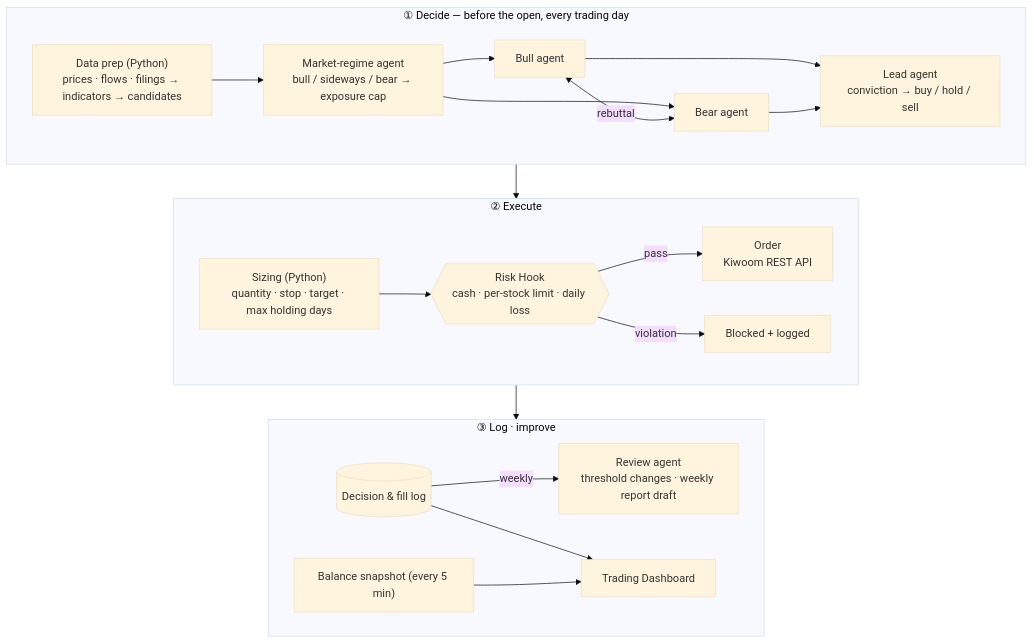
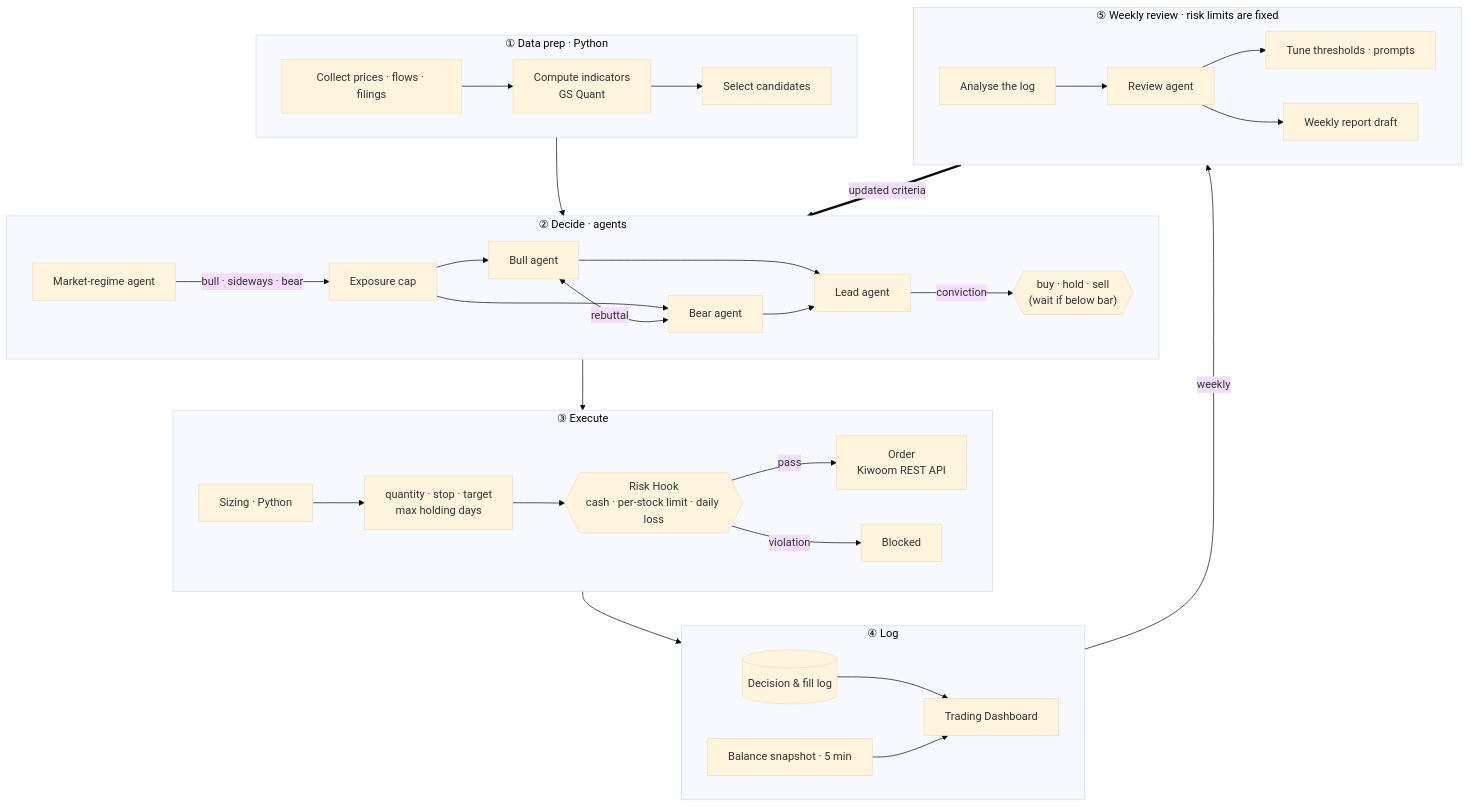
One commit to isopink/hynix-298f changed the diagram in README.md. Above: the diagram before and after it, drawn with Mermaid (base theme). The commit also changed 1 other file, not shown here.

Commit message:
README: show the weekly self-improvement loop in the diagram
Break the in-box arrows into real nodes and edges, split data prep and
weekly review into their own stages, and route the review back into the
decision stage so the feedback loop is visible.

````diff
--- a/README.md
+++ b/README.md
@@ -46,25 +46,37 @@
 ```mermaid
 flowchart TB
-    subgraph P1["① Decide — before the open, every trading day"]
+    subgraph S1["① Data prep · Python"]
         direction LR
-        A["Data prep (Python)<br/>prices · flows · filings → indicators → candidates"] --> B["Market-regime agent<br/>bull / sideways / bear → exposure cap"]
-        B --> C["Bull agent"]
-        B --> D["Bear agent"]
-        C <-->|rebuttal| D
-        C --> E["Lead agent<br/>conviction → buy / hold / sell"]
-        D --> E
+        A1["Collect prices · flows · filings"] --> A2["Compute indicators<br/>GS Quant"] --> A3["Select candidates"]
     end
-    subgraph P2["② Execute"]
+    subgraph S2["② Decide · agents"]
         direction LR
-        F["Sizing (Python)<br/>quantity · stop · target · max holding days"] --> G{{"Risk Hook<br/>cash · per-stock limit · daily loss"}}
+        B1["Market-regime agent"] -->|bull · sideways · bear| B2["Exposure cap"]
+        B2 --> C1["Bull agent"]
+        B2 --> C2["Bear agent"]
+        C1 <-->|rebuttal| C2
+        C1 --> E1["Lead agent"]
+        C2 --> E1
+        E1 -->|conviction| E2{{"buy · hold · sell<br/>(wait if below bar)"}}
+    end
+    subgraph S3["③ Execute"]
+        direction LR
+        F1["Sizing · Python"] --> F2["quantity · stop · target<br/>max holding days"] --> G{{"Risk Hook<br/>cash · per-stock limit · daily loss"}}
         G -->|pass| H["Order<br/>Kiwoom REST API"]
-        G -->|violation| X["Blocked + logged"]
+        G -->|violation| X["Blocked"]
     end
-    subgraph P3["③ Log · improve"]
+    subgraph S4["④ Log"]
         direction LR
-        I[("Decision & fill log")] -->|weekly| J["Review agent<br/>threshold changes · weekly report draft"]
-        I --> K["Trading Dashboard"]
-        L["Balance snapshot (every 5 min)"] --> K
+        I[("Decision & fill log")] --> K["Trading Dashboard"]
+        L["Balance snapshot · 5 min"] --> K
     end
-    P1 --> P2 --> P3
+    subgraph S5["⑤ Weekly review · risk limits are fixed"]
+        direction LR
+        J1["Analyse the log"] --> J2["Review agent"]
+        J2 --> J3["Tune thresholds · prompts"]
+        J2 --> J4["Weekly report draft"]
+    end
+    S1 --> S2 --> S3 --> S4
+    S4 -->|weekly| S5
+    S5 == "updated criteria" ==> S2
 ```
````
